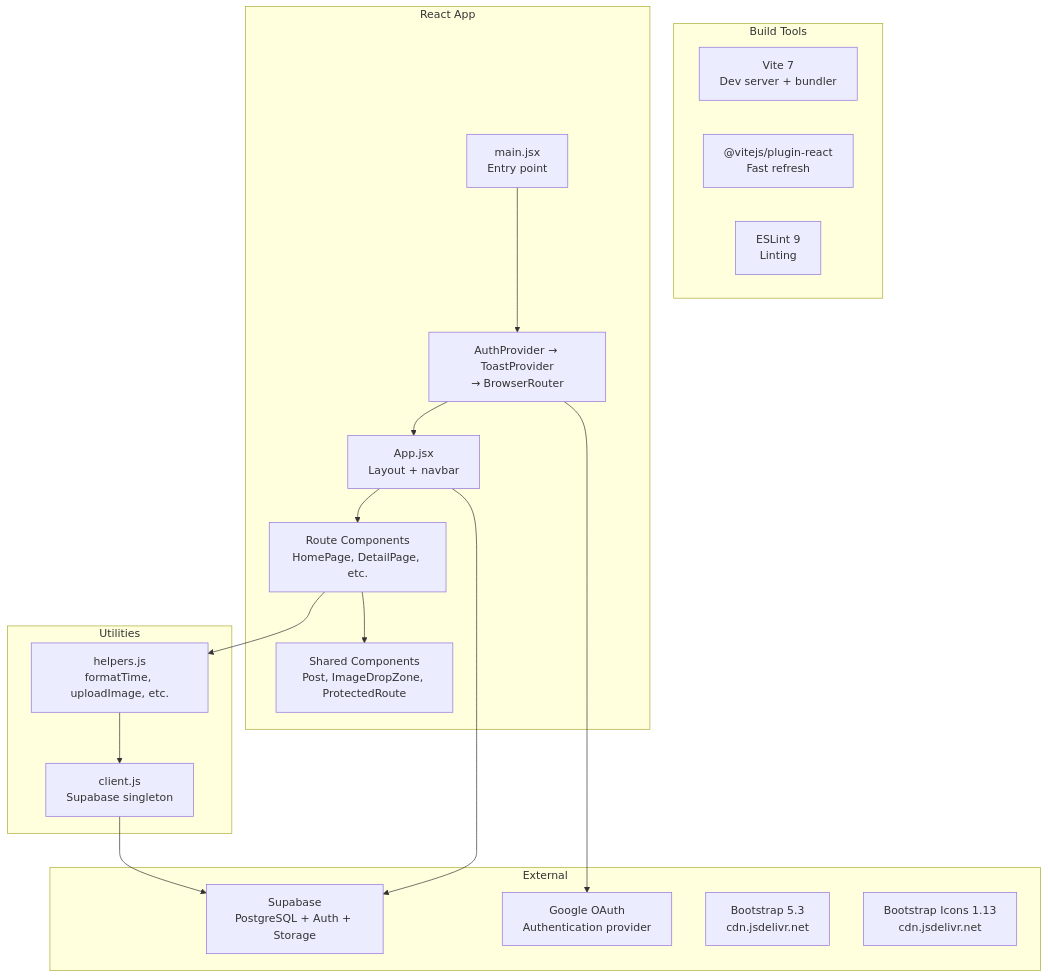
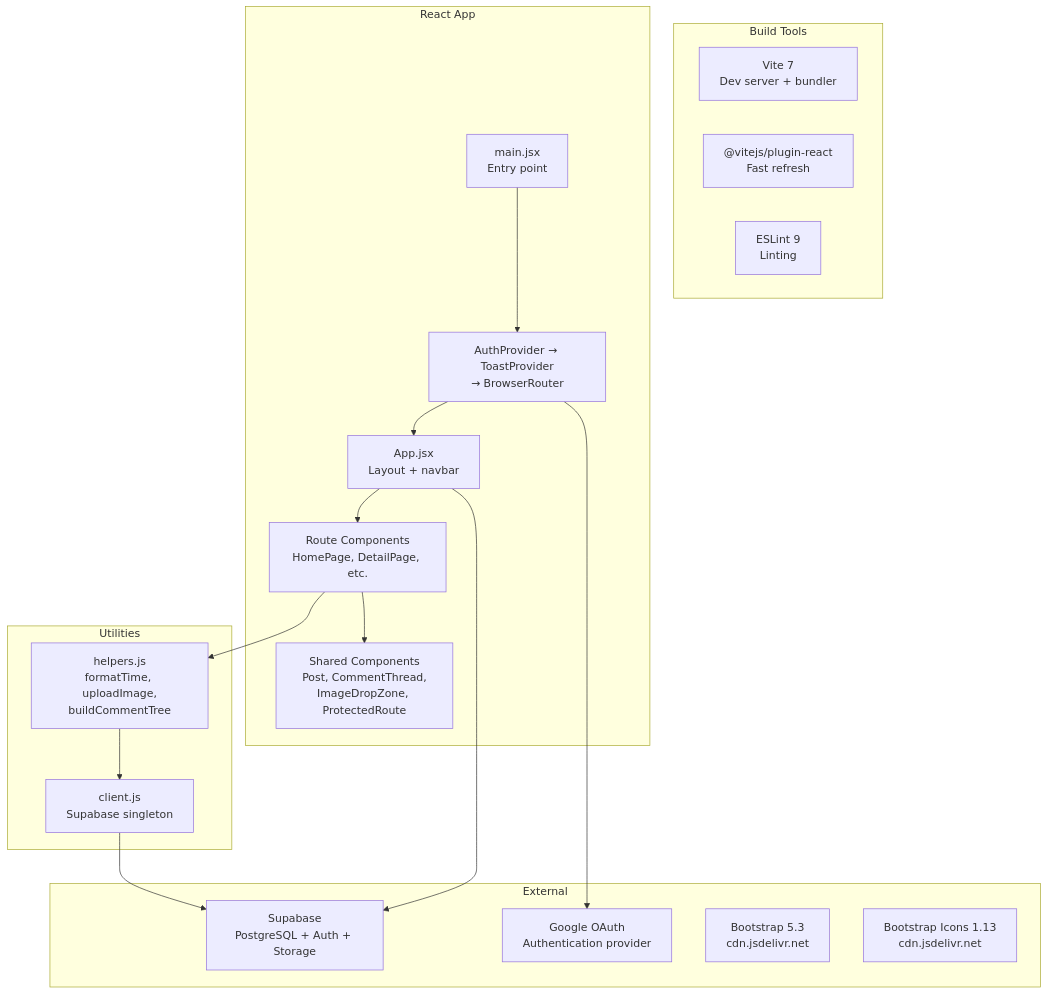
Before and after one commit to hoangngo-sudo/purpleit: the second of 6 diagrams in README.md, drawn with Mermaid. The commit also changed other lines of this file, not shown here.

````diff
--- a/README.md
+++ b/README.md
@@ -56,38 +56,38 @@
 ```mermaid
 graph TD
     subgraph External
         SUPA["Supabase<br/>PostgreSQL + Auth + Storage"]
         GOOGLE["Google OAuth<br/>Authentication provider"]
         BOOTSTRAP["Bootstrap 5.3<br/>cdn.jsdelivr.net"]
         ICONS["Bootstrap Icons 1.13<br/>cdn.jsdelivr.net"]
     end
 
     subgraph "Build Tools"
         VITE["Vite 7<br/>Dev server + bundler"]
         REACT_PLUGIN["@vitejs/plugin-react<br/>Fast refresh"]
         ESLINT["ESLint 9<br/>Linting"]
     end
 
     subgraph "React App"
         MAIN["main.jsx<br/>Entry point"]
         PROVIDERS["AuthProvider → ToastProvider<br/>→ BrowserRouter"]
         APP["App.jsx<br/>Layout + navbar"]
         ROUTES["Route Components<br/>HomePage, DetailPage, etc."]
-        COMPONENTS["Shared Components<br/>Post, ImageDropZone, ProtectedRoute"]
+        COMPONENTS["Shared Components<br/>Post, CommentThread,<br/>ImageDropZone, ProtectedRoute"]
     end
 
     subgraph "Utilities"
         CLIENT["client.js<br/>Supabase singleton"]
-        HELPERS["helpers.js<br/>formatTime, uploadImage, etc."]
+        HELPERS["helpers.js<br/>formatTime, uploadImage,<br/>buildCommentTree"]
     end
 
     MAIN --> PROVIDERS
     PROVIDERS --> APP
     APP --> ROUTES
     ROUTES --> COMPONENTS
     ROUTES --> HELPERS
     HELPERS --> CLIENT
     CLIENT --> SUPA
     APP --> SUPA
     PROVIDERS --> GOOGLE
 ```
````
